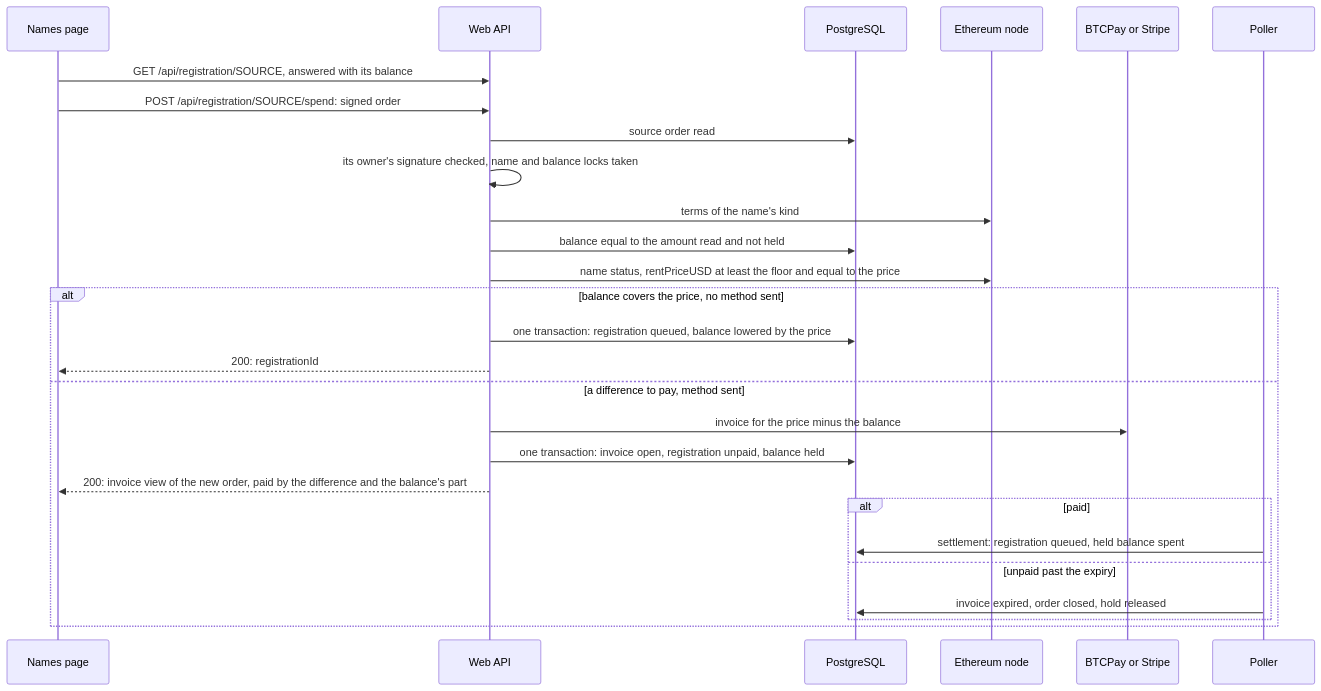
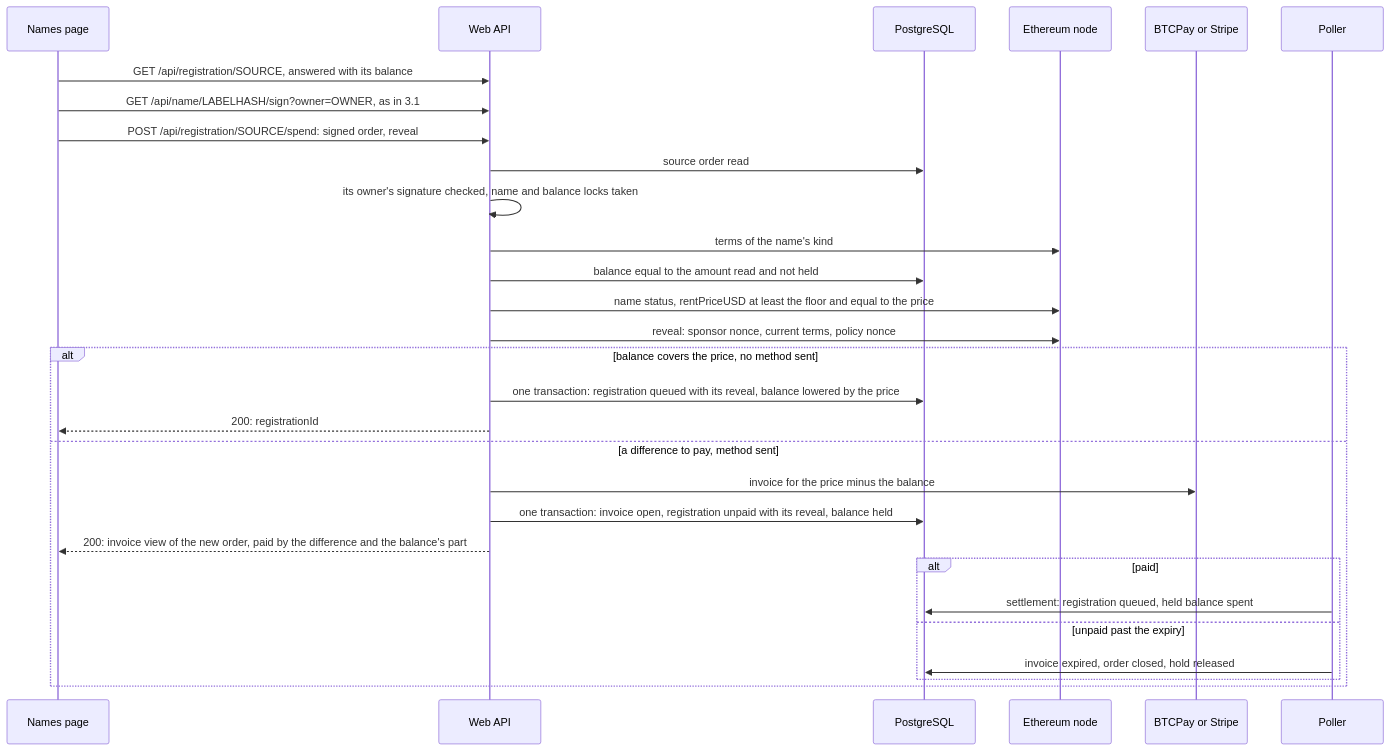
The ninth of 14 diagrams in apps/simplex-store-service/docs/names.md (simplex-chat/simplex-chat), drawn with Mermaid before and after one commit. The commit also changed other lines of this file and 27 other files, not shown here.

First line of the commit message:
store: an order includes the owner's signed registration, checked before the invoice, and the service registers the paid name with no page open

````diff
--- a/apps/simplex-store-service/docs/names.md
+++ b/apps/simplex-store-service/docs/names.md
@@ -440,29 +455,31 @@
 ```mermaid
 sequenceDiagram
   participant P as Names page
   participant W as Web API
   participant D as PostgreSQL
   participant E as Ethereum node
   participant V as BTCPay or Stripe
   participant L as Poller
   P->>W: GET /api/registration/SOURCE, answered with its balance
-  P->>W: POST /api/registration/SOURCE/spend: signed order
+  P->>W: GET /api/name/LABELHASH/sign?owner=OWNER, as in 3.1
+  P->>W: POST /api/registration/SOURCE/spend: signed order, reveal
   W->>D: source order read
   W->>W: its owner's signature checked, name and balance locks taken
   W->>E: terms of the name's kind
   W->>D: balance equal to the amount read and not held
   W->>E: name status, rentPriceUSD at least the floor and equal to the price
+  W->>E: reveal: sponsor nonce, current terms, policy nonce
   alt balance covers the price, no method sent
-    W->>D: one transaction: registration queued, balance lowered by the price
+    W->>D: one transaction: registration queued with its reveal, balance lowered by the price
     W-->>P: 200: registrationId
   else a difference to pay, method sent
     W->>V: invoice for the price minus the balance
-    W->>D: one transaction: invoice open, registration unpaid, balance held
+    W->>D: one transaction: invoice open, registration unpaid with its reveal, balance held
     W-->>P: 200: invoice view of the new order, paid by the difference and the balance's part
     alt paid
       L->>D: settlement: registration queued, held balance spent
     else unpaid past the expiry
       L->>D: invoice expired, order closed, hold released
     end
   end
 ```
````
